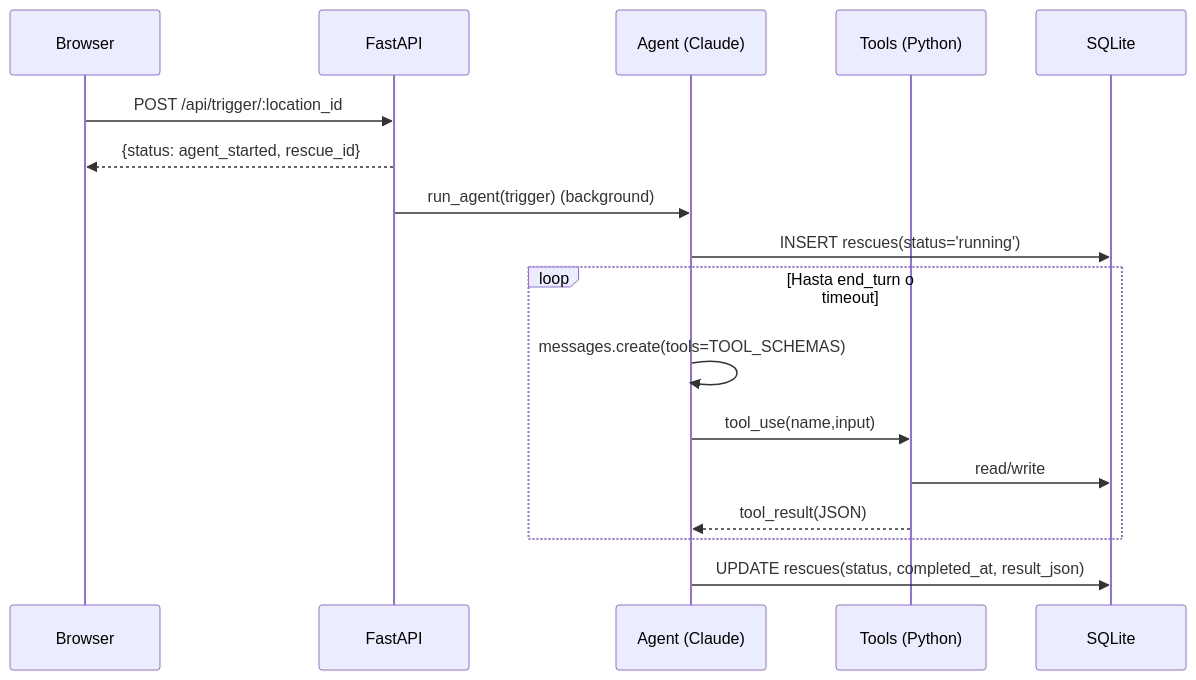
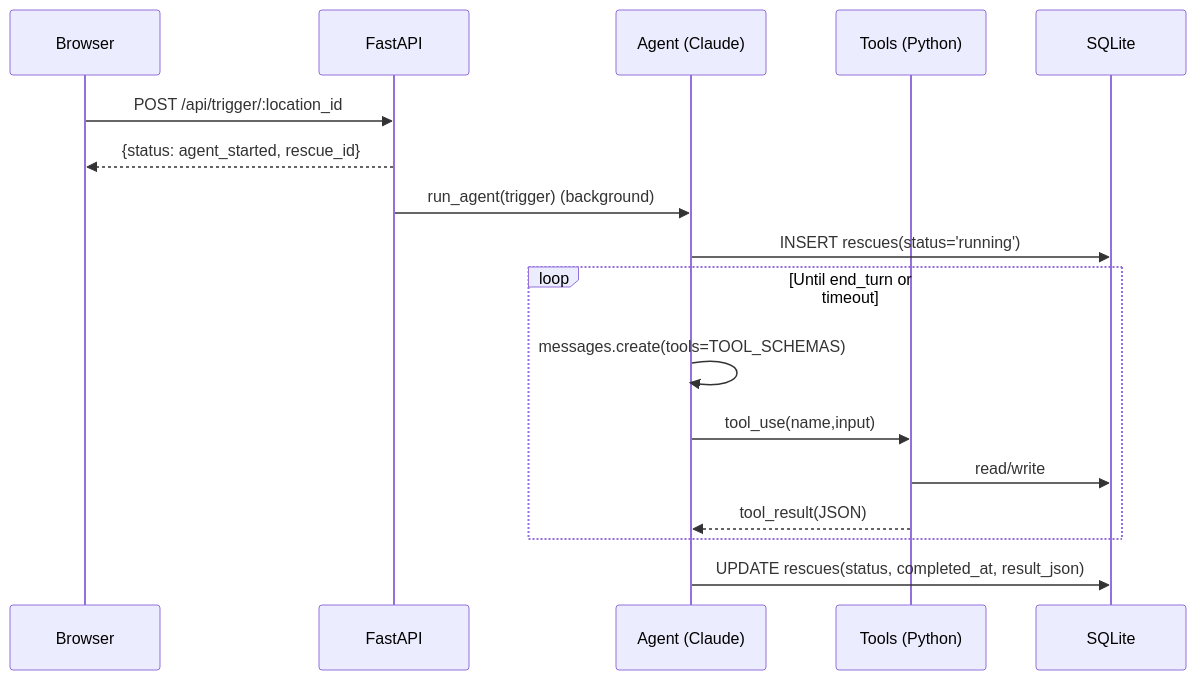
Before and after one commit to jarmancarrera/foodflow-ai: the third of 4 diagrams in README.md, drawn with Mermaid. The commit also changed other lines of this file and 13 other files, not shown here.

````diff
--- a/README.md
+++ b/README.md
@@ -150,21 +160,21 @@
 ```mermaid
 sequenceDiagram
   participant Browser as Browser
   participant API as FastAPI
   participant Agent as Agent (Claude)
   participant Tools as Tools (Python)
   participant DB as SQLite
 
   Browser->>API: POST /api/trigger/:location_id
   API-->>Browser: {status: agent_started, rescue_id}
   API->>Agent: run_agent(trigger) (background)
 
   Agent->>DB: INSERT rescues(status='running')
-  loop Hasta end_turn o timeout
+  loop Until end_turn or timeout
     Agent->>Agent: messages.create(tools=TOOL_SCHEMAS)
     Agent->>Tools: tool_use(name,input)
     Tools->>DB: read/write
     Tools-->>Agent: tool_result(JSON)
   end
   Agent->>DB: UPDATE rescues(status, completed_at, result_json)
 ```
````
